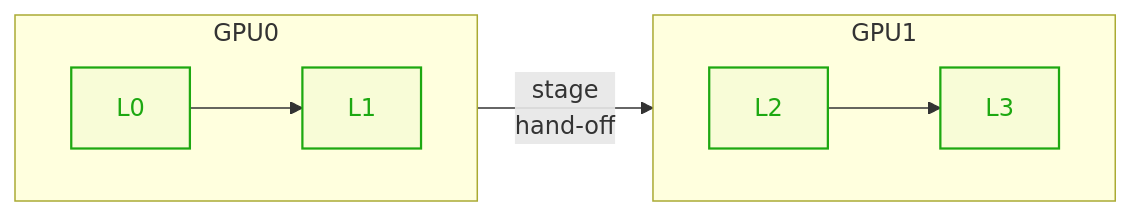
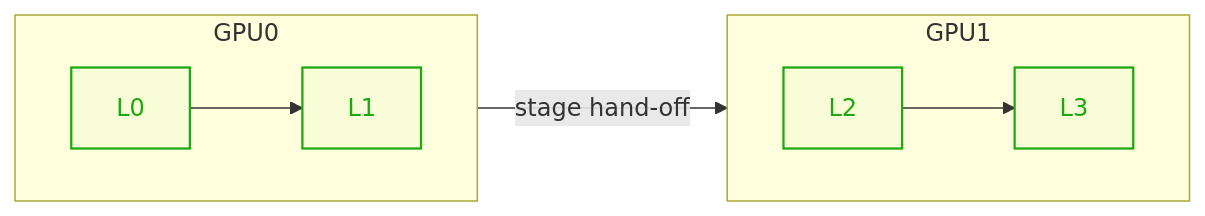
The sixth of 11 diagrams in web/src/pages/talks/2026/08/03/index.mdx (saforem2/sam.onl), drawn with Mermaid before and after one commit. The commit also changed other lines of this file, not shown here.

````diff
--- a/web/src/pages/talks/2026/08/03/index.mdx
+++ b/web/src/pages/talks/2026/08/03/index.mdx
@@ -688,14 +735,14 @@
 ```mermaid
 flowchart LR
     subgraph GPU0
       direction LR
       L0["L0"] --> L1["L1"]
     end
     subgraph GPU1
       direction LR
       L2["L2"] --> L3["L3"]
     end
-    L1 -->|"stage<br/>hand-off"| L2
+    L1 -->|"stage hand-off"| L2
     classDef p fill:#1da81108,stroke:#1da811,color:#1da811,stroke-width:1.5px
     class L0,L1,L2,L3 p
 ```
````
